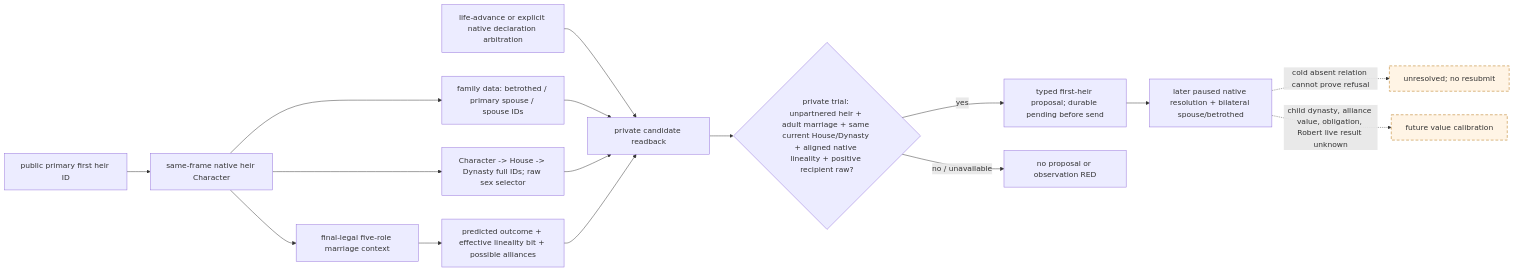
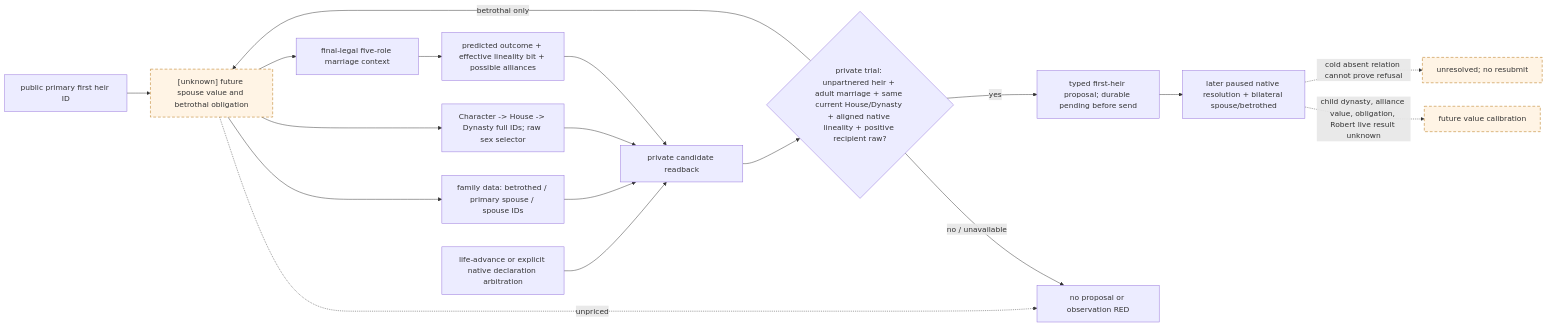
Before and after one commit to XenoAmess/ck3_eternal_recurrence: the fifth of 7 diagrams in docs/ck3-native-ai/marriage-and-alliance.md, drawn with Mermaid. The commit also changed other lines of this file and 10 other files, not shown here.

````diff
--- a/docs/ck3-native-ai/marriage-and-alliance.md
+++ b/docs/ck3-native-ai/marriage-and-alliance.md
@@ -673,20 +673,22 @@
 ```mermaid
 flowchart LR
   A["public primary first heir ID"] --> B["same-frame native heir Character"]
   B --> C["family data: betrothed / primary spouse / spouse IDs"]
   B --> H["Character -> House -> Dynasty full IDs; raw sex selector"]
   B --> D["final-legal five-role marriage context"]
   D --> E["predicted outcome + effective lineality bit + possible alliances"]
   P["life-advance or explicit native declaration arbitration"] --> F
   C --> F["private candidate readback"]
   H --> F
   E --> F
   F --> V{"private trial: unpartnered heir + adult marriage + same current House/Dynasty + aligned native lineality + positive recipient raw?"}
   V -->|yes| G["typed first-heir proposal; durable pending before send"]
+  V -->|betrothal only| B["[unknown] future spouse value and betrothal obligation"]
+  B -. "unpriced" .-> U
   V -->|no / unavailable| U["no proposal or observation RED"]
   G --> R["later paused native resolution + bilateral spouse/betrothed"]
   R -. "cold absent relation cannot prove refusal" .-> X["unresolved; no resubmit"]
   R -. "child dynasty, alliance value, obligation, Robert live result unknown" .-> Y["future value calibration"]
   classDef unknown stroke-dasharray:6 4,fill:#fff4e5,stroke:#b36b00;
-  class X,Y unknown;
+  class B,X,Y unknown;
 ```
````
